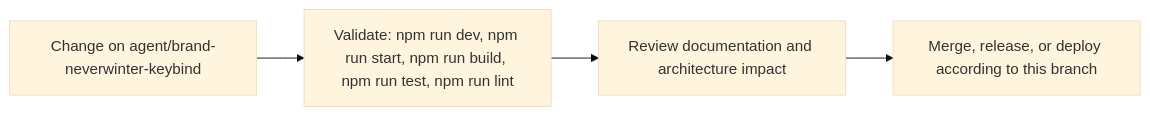
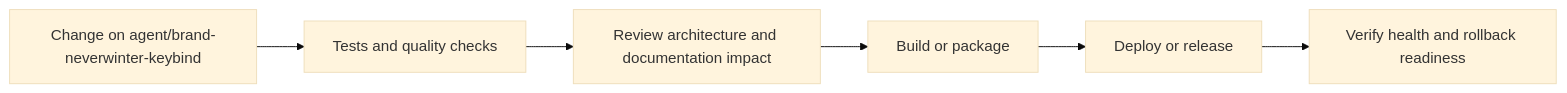
Before and after one commit to Nischhalsubba/BindForge-NW: the fifth of 6 diagrams in README.md, drawn with Mermaid (base theme). The commit also changed other lines of this file, not shown here.

````diff
--- a/README.md
+++ b/README.md
@@ -88,8 +185,8 @@
 ```mermaid
 flowchart LR
-    CHANGE["Change on agent/brand-neverwinter-keybind"]
-    CHECK["Validate: npm run dev, npm run start, npm run build, npm run test, npm run lint"]
-    REVIEW["Review documentation and architecture impact"]
-    RELEASE["Merge, release, or deploy according to this branch"]
-    CHANGE --> CHECK --> REVIEW --> RELEASE
+    CHANGE["Change on agent/brand-neverwinter-keybind"] --> CHECK["Tests and quality checks"]
+    CHECK --> REVIEW["Review architecture and documentation impact"]
+    REVIEW --> BUILD["Build or package"]
+    BUILD --> DEPLOY["Deploy or release"]
+    DEPLOY --> VERIFY["Verify health and rollback readiness"]
 ```
````
